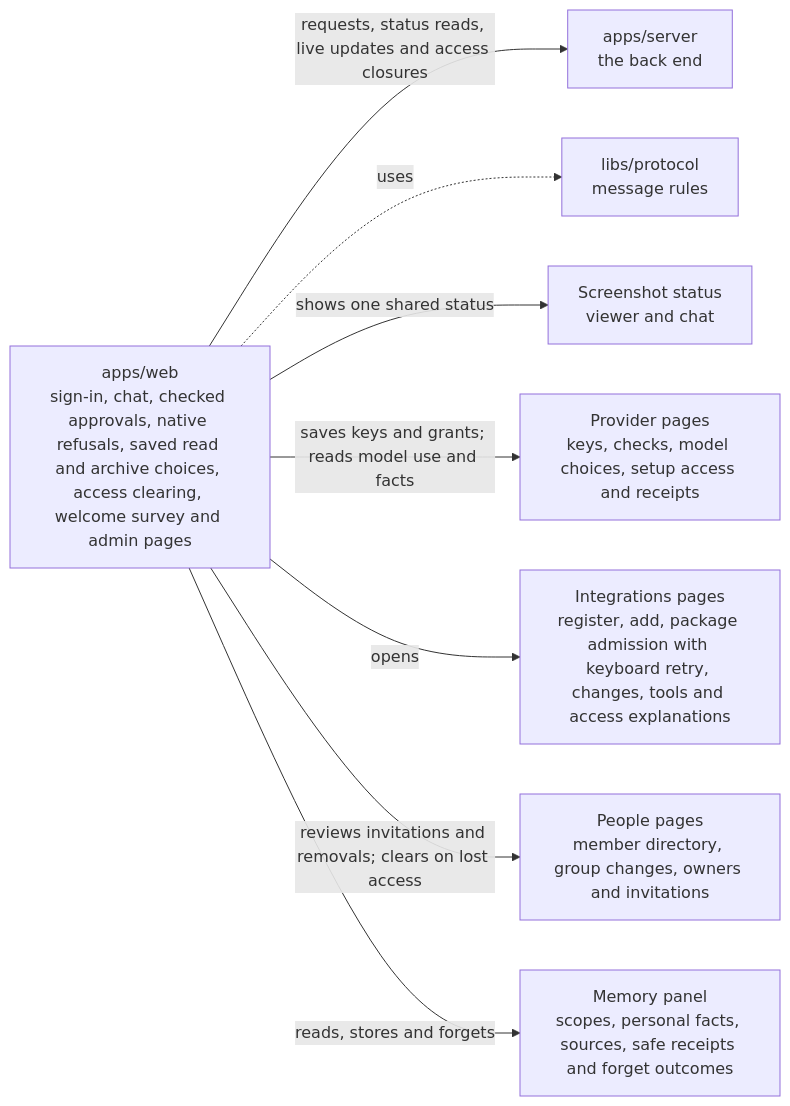
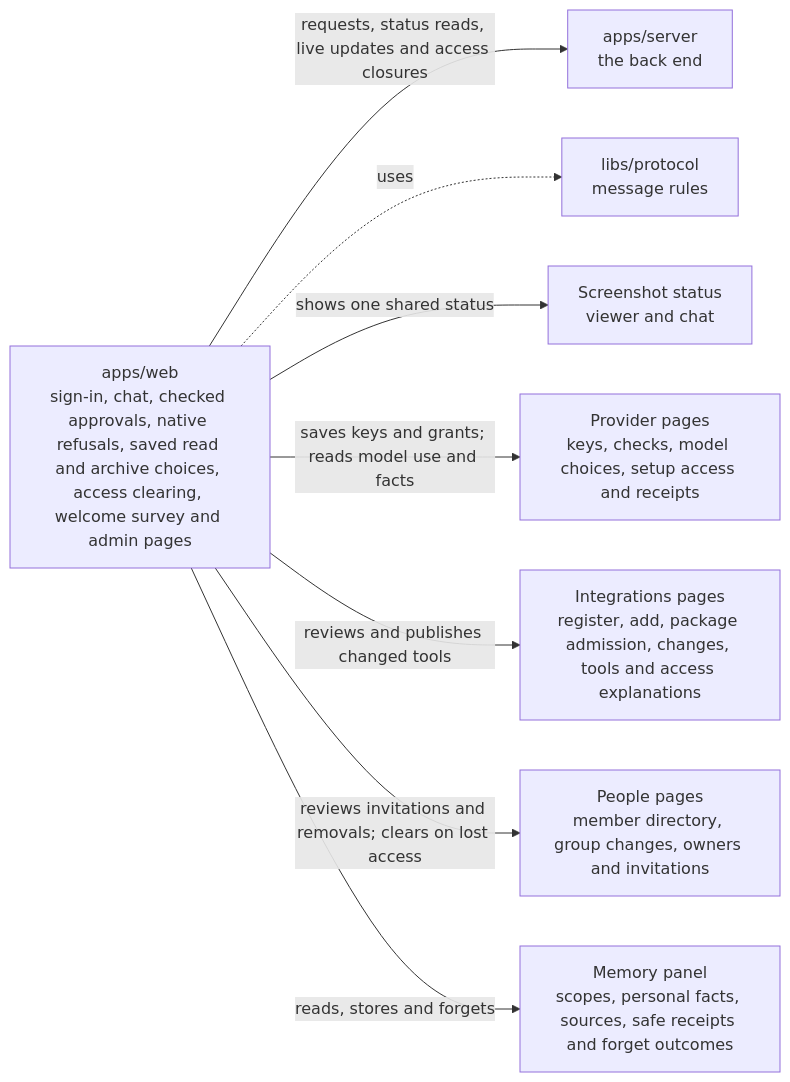
One commit to elewa-git/opencrane-new changed the diagram in apps/web/README.md. Above: the diagram before and after it, drawn with Mermaid. The commit also changed other lines of this file and 16 other files, not shown here.

````diff
--- a/apps/web/README.md
+++ b/apps/web/README.md
@@ -11,10 +11,10 @@
 ```mermaid
 flowchart LR
   web["apps/web<br/>sign-in, chat, checked approvals, native refusals, saved read and archive choices, access clearing, welcome survey and admin pages"] -->|requests, status reads, live updates and access closures| server["apps/server<br/>the back end"]
   web -.->|uses| protocol["libs/protocol<br/>message rules"]
   web -->|shows one shared status| capture["Screenshot status<br/>viewer and chat"]
   web -->|saves keys and grants; reads model use and facts| providers["Provider pages<br/>keys, checks, model choices, setup access and receipts"]
-  web -->|opens| integrations["Integrations pages<br/>register, add, package admission with keyboard retry, changes, tools and access explanations"]
+  web -->|reviews and publishes changed tools| integrations["Integrations pages<br/>register, add, package admission, changes, tools and access explanations"]
   web -->|reviews invitations and removals; clears on lost access| people["People pages<br/>member directory, group changes, owners and invitations"]
   web -->|reads, stores and forgets| memory["Memory panel<br/>scopes, personal facts, sources, safe receipts and forget outcomes"]
 ```
````
